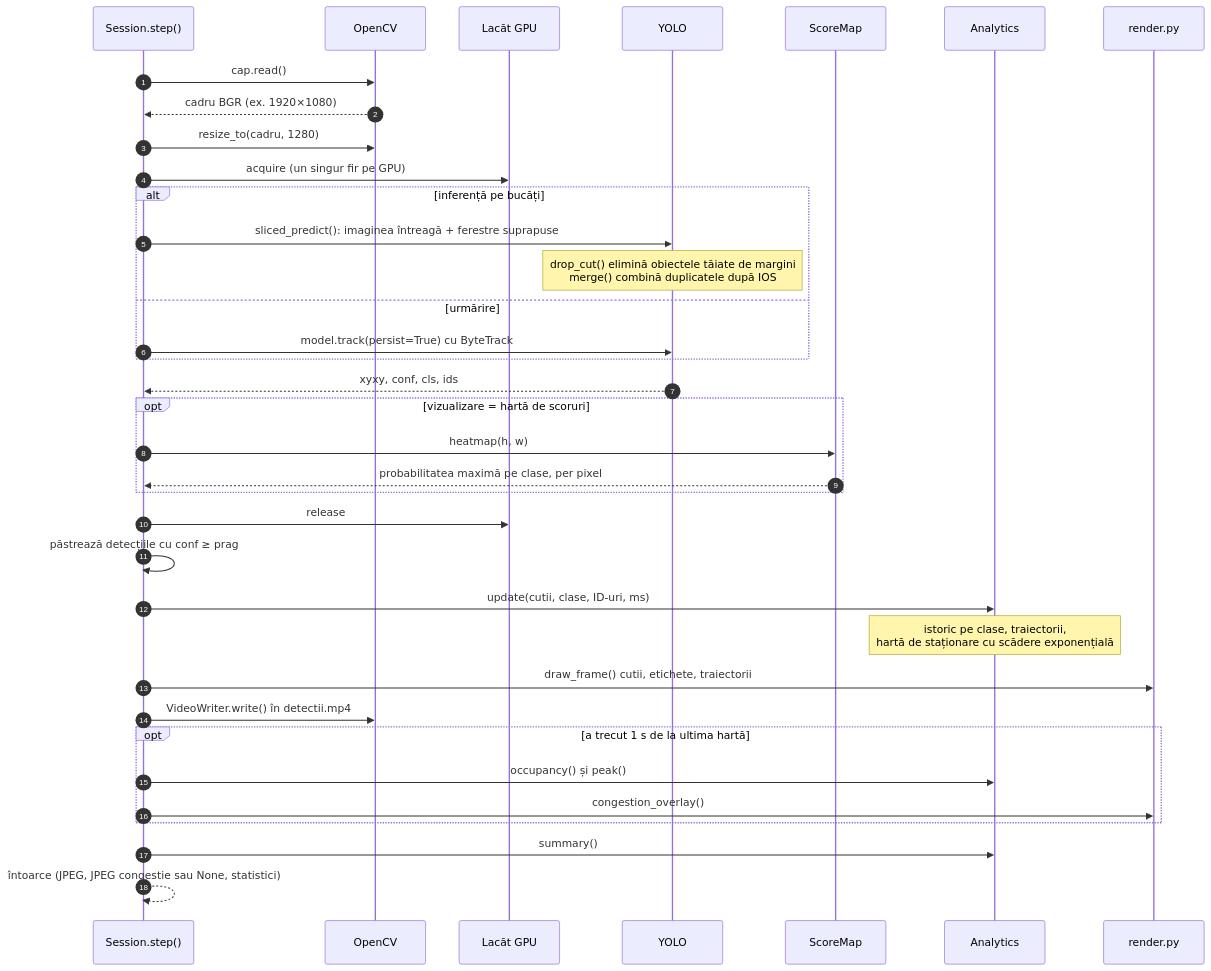
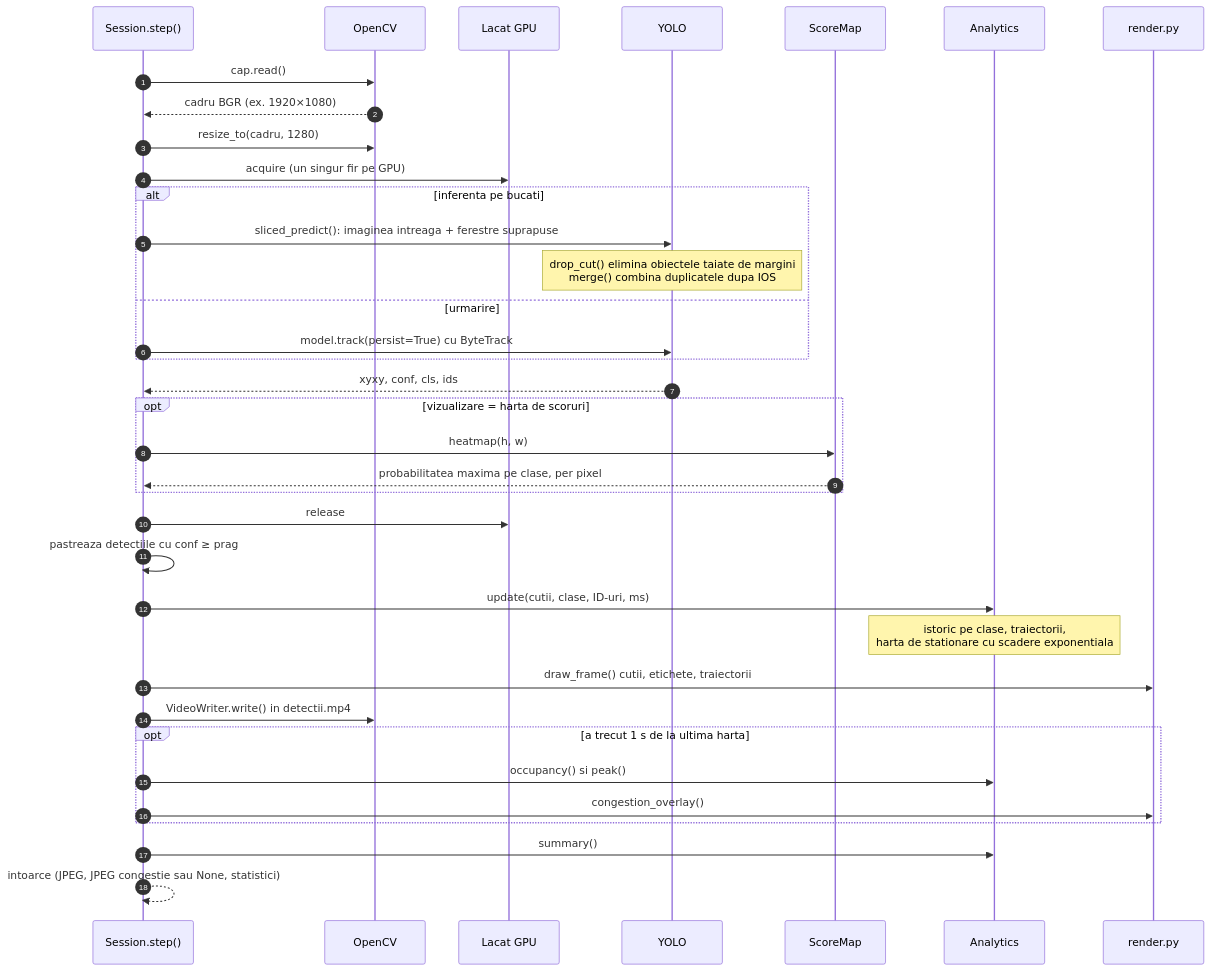
The fifth of 7 diagrams in docs/uml.md (zaha27/pi-p), drawn with Mermaid before and after one commit. The commit also changed other lines of this file and 57 other files, not shown here.

````diff
--- a/docs/uml.md
+++ b/docs/uml.md
@@ -335,39 +335,39 @@
 ```mermaid
 sequenceDiagram
     autonumber
     participant SE as Session.step()
     participant CV as OpenCV
-    participant L as Lacăt GPU
+    participant L as Lacat GPU
     participant M as YOLO
     participant SM as ScoreMap
     participant A as Analytics
     participant R as render.py
 
     SE->>CV: cap.read()
     CV-->>SE: cadru BGR (ex. 1920×1080)
     SE->>CV: resize_to(cadru, 1280)
     SE->>L: acquire (un singur fir pe GPU)
-    alt inferență pe bucăți
-        SE->>M: sliced_predict(): imaginea întreagă + ferestre suprapuse
-        Note over M: drop_cut() elimină obiectele tăiate de margini<br/>merge() combină duplicatele după IOS
-    else urmărire
+    alt inferenta pe bucati
+        SE->>M: sliced_predict(): imaginea intreaga + ferestre suprapuse
+        Note over M: drop_cut() elimina obiectele taiate de margini<br/>merge() combina duplicatele dupa IOS
+    else urmarire
         SE->>M: model.track(persist=True) cu ByteTrack
     end
     M-->>SE: xyxy, conf, cls, ids
-    opt vizualizare = hartă de scoruri
+    opt vizualizare = harta de scoruri
         SE->>SM: heatmap(h, w)
-        SM-->>SE: probabilitatea maximă pe clase, per pixel
+        SM-->>SE: probabilitatea maxima pe clase, per pixel
     end
     SE->>L: release
-    SE->>SE: păstrează detecțiile cu conf ≥ prag
+    SE->>SE: pastreaza detectiile cu conf ≥ prag
     SE->>A: update(cutii, clase, ID-uri, ms)
-    Note over A: istoric pe clase, traiectorii,<br/>hartă de staționare cu scădere exponențială
+    Note over A: istoric pe clase, traiectorii,<br/>harta de stationare cu scadere exponentiala
     SE->>R: draw_frame() cutii, etichete, traiectorii
-    SE->>CV: VideoWriter.write() în detectii.mp4
-    opt a trecut 1 s de la ultima hartă
-        SE->>A: occupancy() și peak()
+    SE->>CV: VideoWriter.write() in detectii.mp4
+    opt a trecut 1 s de la ultima harta
+        SE->>A: occupancy() si peak()
         SE->>R: congestion_overlay()
     end
     SE->>A: summary()
-    SE-->>SE: întoarce (JPEG, JPEG congestie sau None, statistici)
+    SE-->>SE: intoarce (JPEG, JPEG congestie sau None, statistici)
 ```
````
